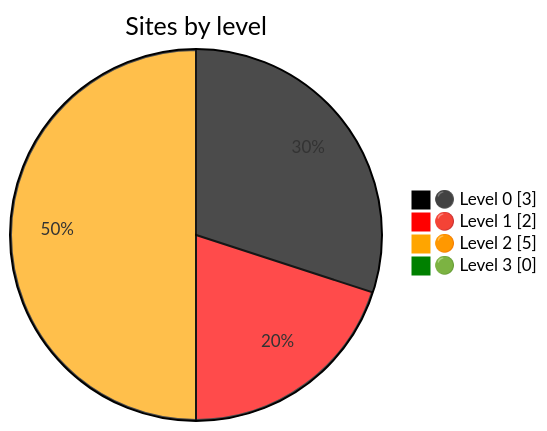
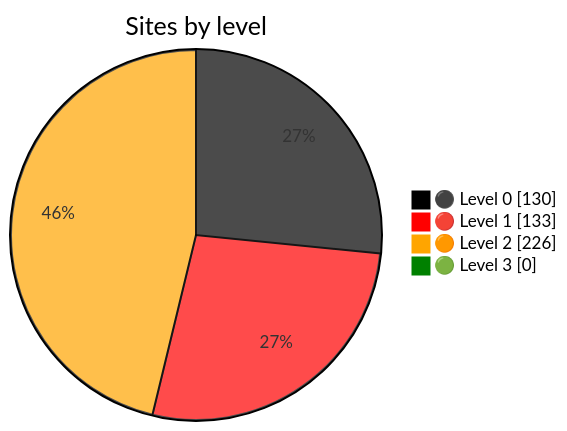
One commit to nuuuwan/gov_lk_web_auditor changed the diagram in README.md. Above: the diagram before and after it, drawn with Mermaid. The commit also changed other lines of this file and 3262 other files, not shown here.

````diff
--- a/README.md
+++ b/README.md
@@ -24,9 +24,9 @@
 ```mermaid
 %%{init: {"themeVariables":{"pie1":"black","pie2":"red","pie3":"orange","pie4":"green"}}}%%
 pie showData
     title Sites by level
-    "⚫ Level 0" : 3
-    "🔴 Level 1" : 2
-    "🟠 Level 2" : 5
+    "⚫ Level 0" : 130
+    "🔴 Level 1" : 133
+    "🟠 Level 2" : 226
     "🟢 Level 3" : 0
 ```
````
